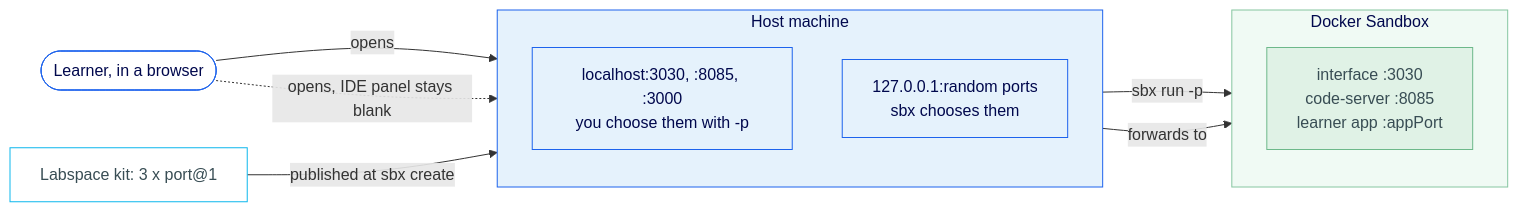
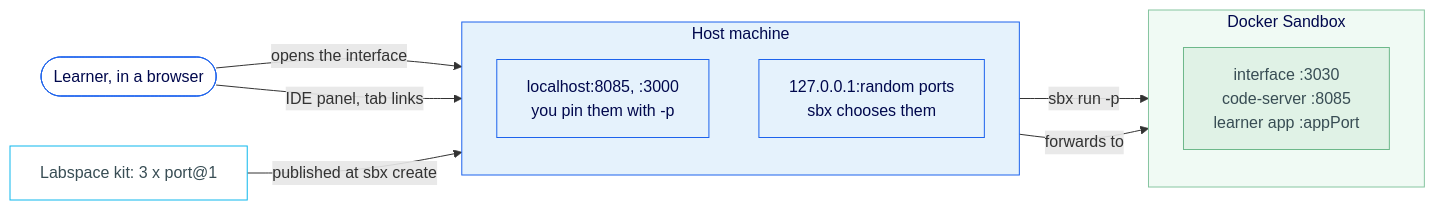
The diagram in README.md (mathieu-benoit/labsbxes), drawn with Mermaid before and after one commit. The commit also changed other lines of this file and 4 other files, not shown here.

````diff
--- a/README.md
+++ b/README.md
@@ -23,40 +27,40 @@
 ```mermaid
 graph LR
     You(["Learner, in a browser"])
 
     subgraph Host["Host machine"]
         direction TB
-        Pinned["localhost:3030, :8085, :3000<br/>you choose them with -p"]
+        Pinned["localhost:8085, :3000<br/>you pin them with -p"]
         Ephemeral["127.0.0.1:random ports<br/>sbx chooses them"]
     end
 
     subgraph Sandbox["Docker Sandbox"]
         direction TB
         Services["interface :3030<br/>code-server :8085<br/>learner app :appPort"]
     end
 
     Kit["Labspace kit: 3 x port@1"]
 
-    You -->|opens| Pinned
-    You -.->|opens, IDE panel stays blank| Ephemeral
+    You -->|opens the interface| Ephemeral
+    You -->|"IDE panel, tab links"| Pinned
     Kit -->|"published at sbx create"| Ephemeral
     Pinned -->|"sbx run -p"| Services
     Ephemeral -->|forwards to| Services
 
     %% Styles — containers
     style Host fill:#E5F2FC,stroke:#1D63ED,color:#00084D
     style Sandbox fill:#f0faf4,stroke:#86c5a0,color:#00084D
 
     %% Styles — host nodes
     style Pinned fill:#E5F2FC,stroke:#1D63ED,color:#00084D
     style Ephemeral fill:#E5F2FC,stroke:#1D63ED,color:#00084D
 
     %% Styles — kit
     style Kit fill:#fff,stroke:#0DB7ED,color:#384D54
 
     %% Styles — sandbox nodes
     style Services fill:#e0f2e6,stroke:#6db88a,color:#384D54
 
     %% Styles — actor
     style You fill:#fff,stroke:#1D63ED,color:#00084D
 ```
````
